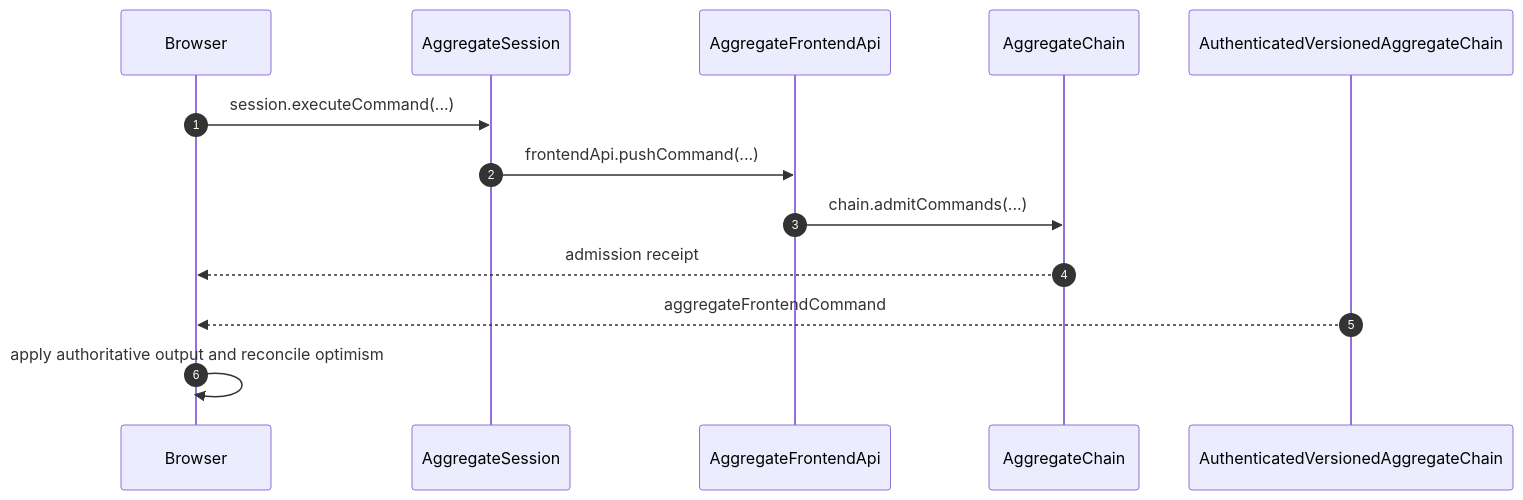
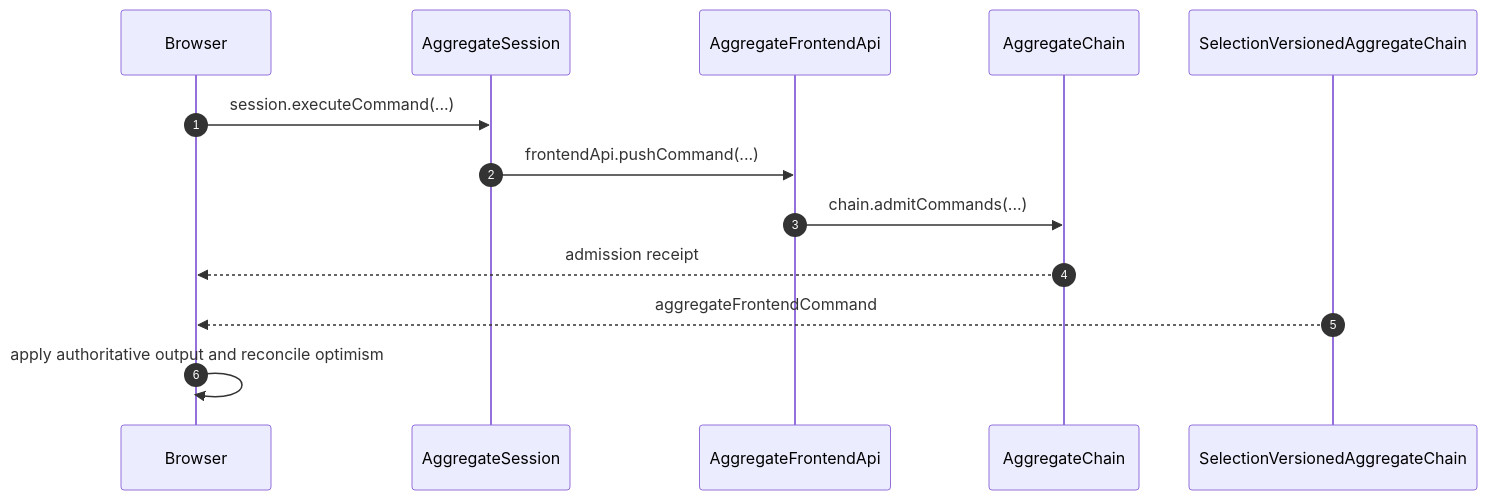
One commit to morgs32/qrk.sh changed the diagram in wiki/architecture/browser/PushSequence.md. Above: the diagram before and after it, drawn with Mermaid. The commit also changed other lines of this file and 148 other files, not shown here.

````diff
--- a/wiki/architecture/browser/PushSequence.md
+++ b/wiki/architecture/browser/PushSequence.md
@@ -15,20 +15,20 @@
 ```mermaid
 sequenceDiagram
   participant Browser
   participant AggregateSession
   participant AggregateFrontendApi
   participant AggregateChain
-  participant AuthenticatedVersionedAggregateChain
+  participant SelectionVersionedAggregateChain
   autonumber 1
   Browser->>AggregateSession: session.executeCommand(...)
   autonumber 2
   AggregateSession->>AggregateFrontendApi: frontendApi.pushCommand(...)
   autonumber 3
   AggregateFrontendApi->>AggregateChain: chain.admitCommands(...)
   autonumber 4
   AggregateChain-->>Browser: admission receipt
   autonumber 5
-  AuthenticatedVersionedAggregateChain-->>Browser: aggregateFrontendCommand
+  SelectionVersionedAggregateChain-->>Browser: aggregateFrontendCommand
   autonumber 6
   Browser->>Browser: apply authoritative output and reconcile optimism
 ```
````
